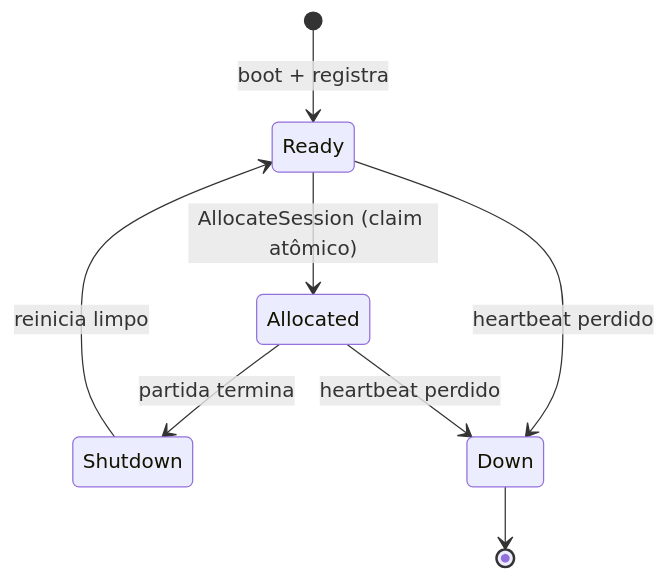
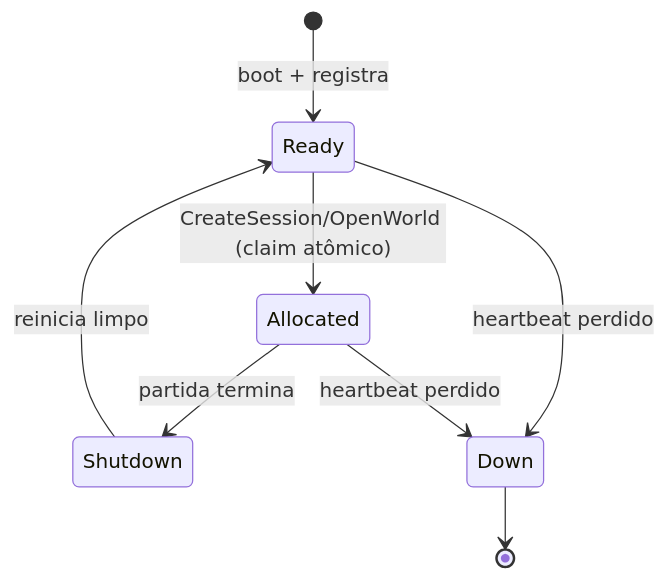
One commit to vitormartins1/go-multiplayer-control-plane changed the fifth of 6 diagrams in docs/ARCHITECTURE.md. Above: the diagram before and after it, drawn with Mermaid. The commit also changed other lines of this file and 25 other files, not shown here.

````diff
--- a/docs/ARCHITECTURE.md
+++ b/docs/ARCHITECTURE.md
@@ -181,10 +190,10 @@
 ```mermaid
 stateDiagram-v2
     [*] --> Ready: boot + registra
-    Ready --> Allocated: AllocateSession (claim atômico)
+    Ready --> Allocated: CreateSession/OpenWorld (claim atômico)
     Allocated --> Shutdown: partida termina
     Shutdown --> Ready: reinicia limpo
     Ready --> Down: heartbeat perdido
     Allocated --> Down: heartbeat perdido
     Down --> [*]
 ```
````
